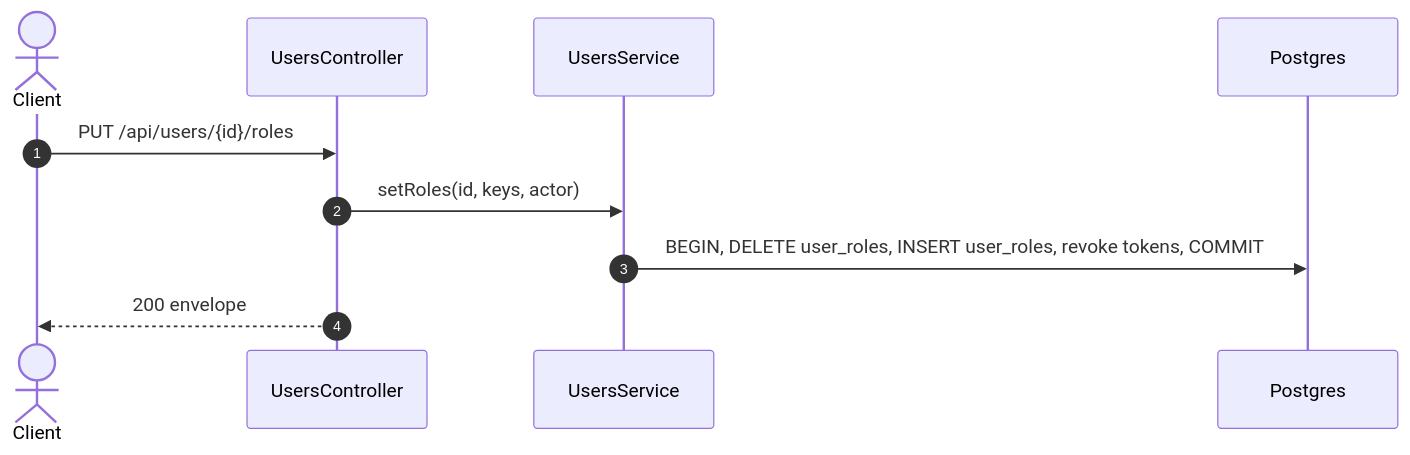
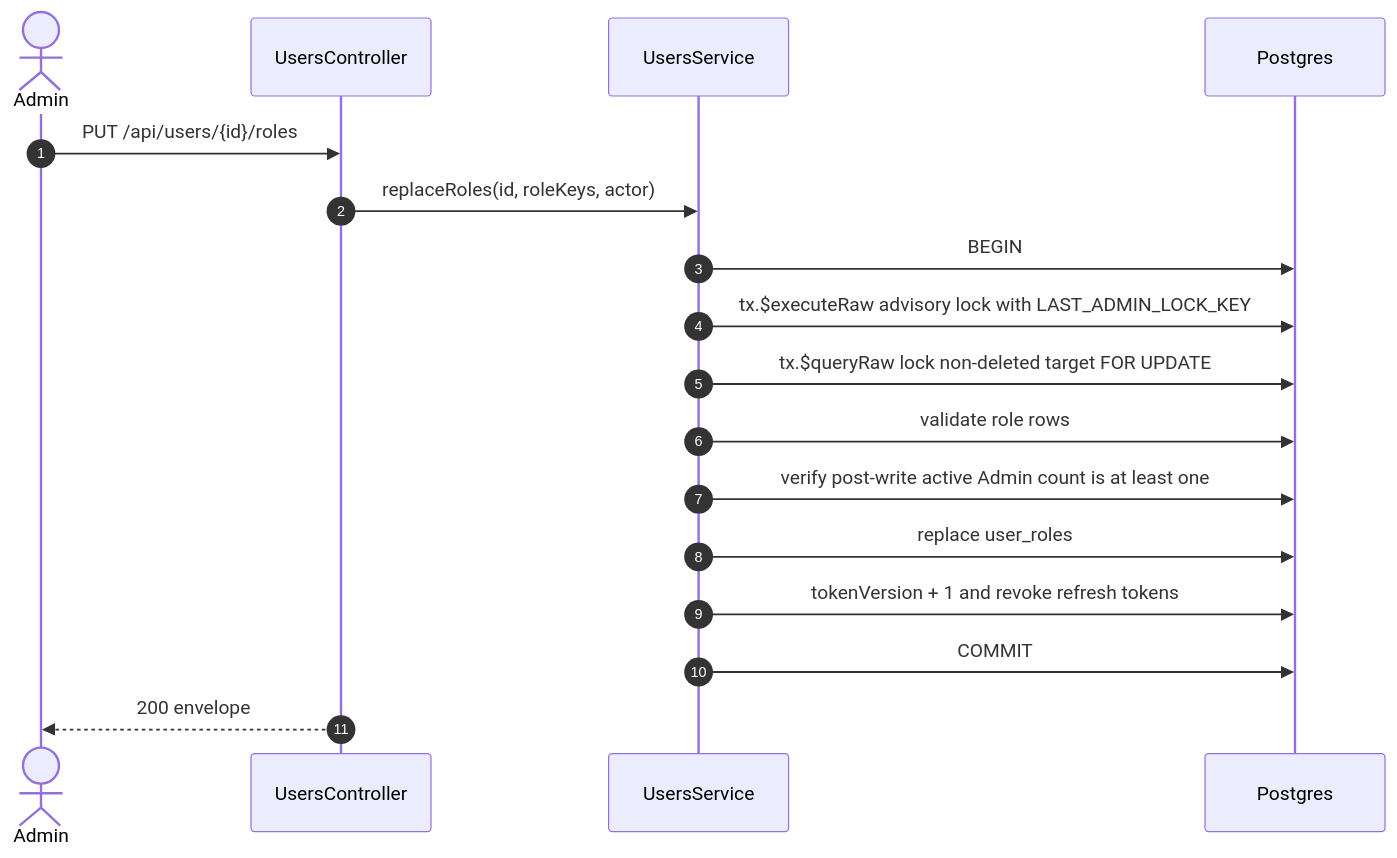
The second of 2 diagrams in specs/auth/api-design/14-put-users-roles.md (TrekLink-Team/treklink-web), drawn with Mermaid before and after one commit. The commit also changed other lines of this file and 13 other files, not shown here.

````diff
--- a/specs/auth/api-design/14-put-users-roles.md
+++ b/specs/auth/api-design/14-put-users-roles.md
@@ -204,12 +98,19 @@
 ```mermaid
 sequenceDiagram
     autonumber
-    actor Client
+    actor Admin
     participant Controller as UsersController
     participant Service as UsersService
     participant DB as Postgres
-    Client->>Controller: PUT /api/users/{id}/roles
-    Controller->>Service: setRoles(id, keys, actor)
-    Service->>DB: BEGIN, DELETE user_roles, INSERT user_roles, revoke tokens, COMMIT
-    Controller-->>Client: 200 envelope
+    Admin->>Controller: PUT /api/users/{id}/roles
+    Controller->>Service: replaceRoles(id, roleKeys, actor)
+    Service->>DB: BEGIN
+    Service->>DB: tx.$executeRaw advisory lock with LAST_ADMIN_LOCK_KEY
+    Service->>DB: tx.$queryRaw lock non-deleted target FOR UPDATE
+    Service->>DB: validate role rows
+    Service->>DB: verify post-write active Admin count is at least one
+    Service->>DB: replace user_roles
+    Service->>DB: tokenVersion + 1 and revoke refresh tokens
+    Service->>DB: COMMIT
+    Controller-->>Admin: 200 envelope
 ```
````
